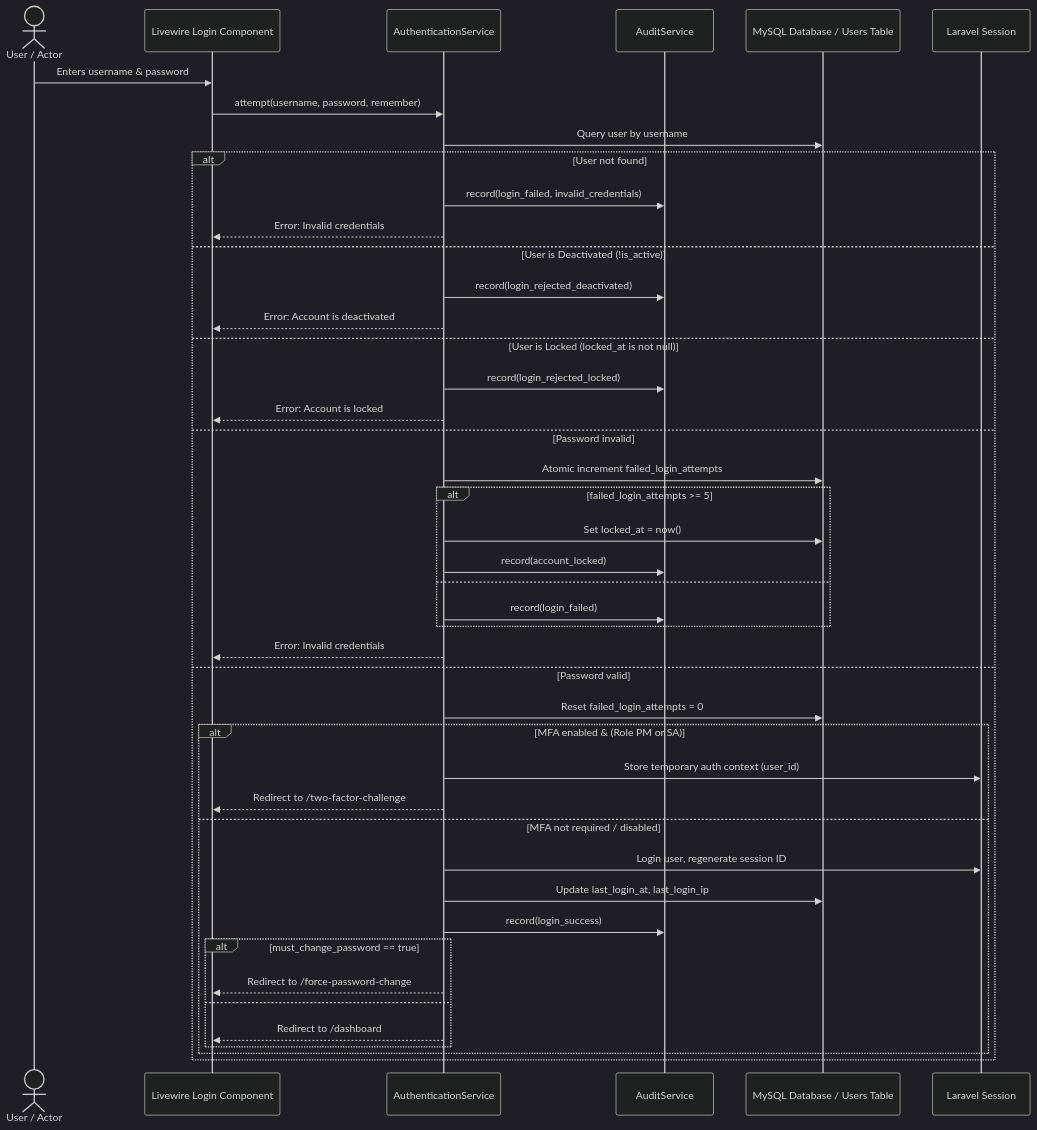
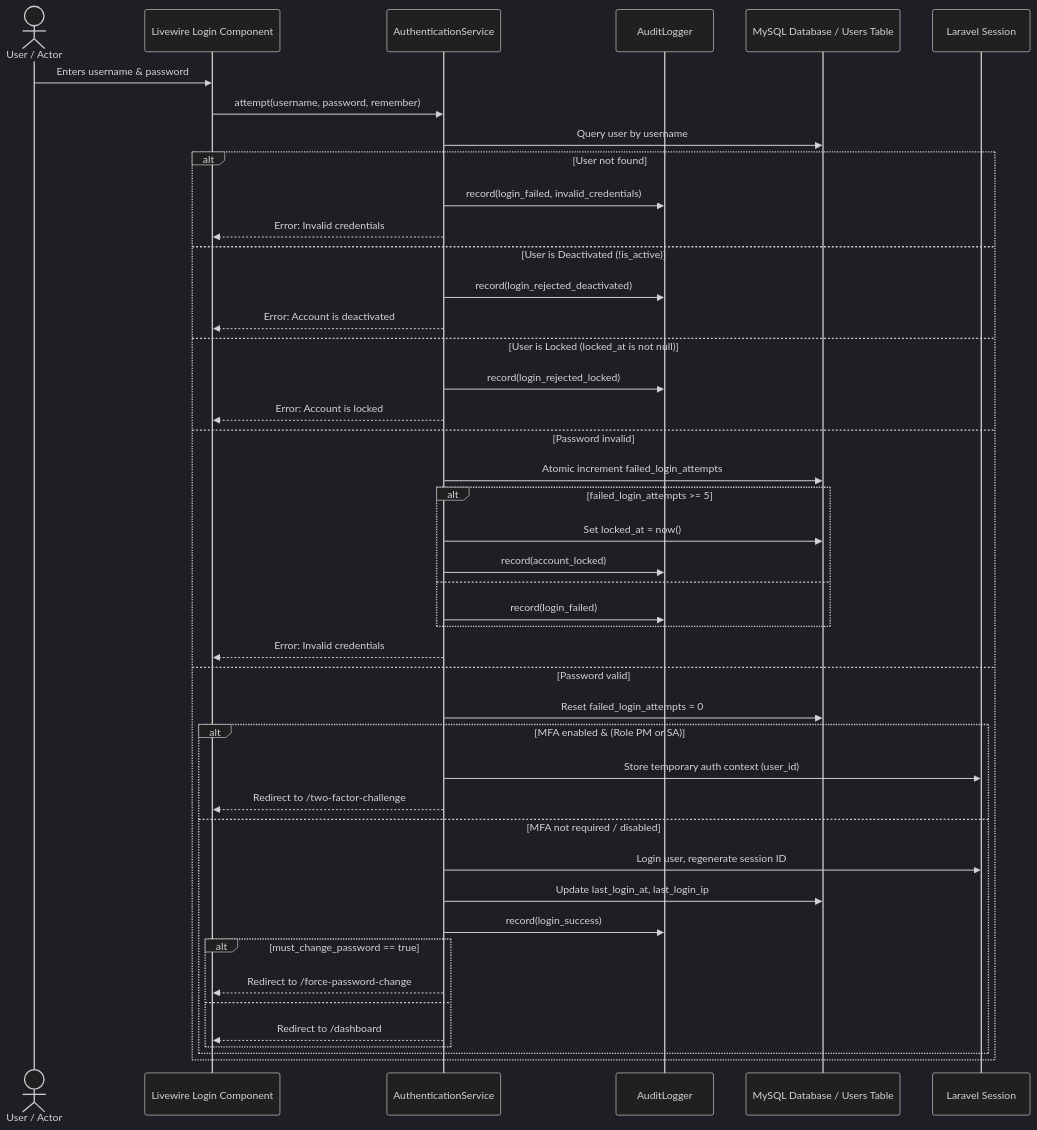
Before and after one commit to ziyadahmed-as/pharmacy: the second of 2 diagrams in ARCHITECTURE.md, drawn with Mermaid (dark theme). The commit also changed other lines of this file and 244 other files, not shown here.

````diff
--- a/ARCHITECTURE.md
+++ b/ARCHITECTURE.md
@@ -79,47 +79,47 @@
 ```mermaid
 sequenceDiagram
     actor User as User / Actor
     participant View as Livewire Login Component
     participant AuthSvc as AuthenticationService
-    participant Audit as AuditService
+    participant Audit as AuditLogger
     participant DB as MySQL Database / Users Table
     participant Session as Laravel Session
 
     User->>View: Enters username & password
     View->>AuthSvc: attempt(username, password, remember)
     AuthSvc->>DB: Query user by username
     alt User not found
         AuthSvc->>Audit: record(login_failed, invalid_credentials)
         AuthSvc-->>View: Error: Invalid credentials
     else User is Deactivated (!is_active)
         AuthSvc->>Audit: record(login_rejected_deactivated)
         AuthSvc-->>View: Error: Account is deactivated
     else User is Locked (locked_at is not null)
         AuthSvc->>Audit: record(login_rejected_locked)
         AuthSvc-->>View: Error: Account is locked
     else Password invalid
         AuthSvc->>DB: Atomic increment failed_login_attempts
         alt failed_login_attempts >= 5
             AuthSvc->>DB: Set locked_at = now()
             AuthSvc->>Audit: record(account_locked)
         else
             AuthSvc->>Audit: record(login_failed)
         end
         AuthSvc-->>View: Error: Invalid credentials
     else Password valid
         AuthSvc->>DB: Reset failed_login_attempts = 0
         alt MFA enabled & (Role PM or SA)
             AuthSvc->>Session: Store temporary auth context (user_id)
             AuthSvc-->>View: Redirect to /two-factor-challenge
         else MFA not required / disabled
             AuthSvc->>Session: Login user, regenerate session ID
             AuthSvc->>DB: Update last_login_at, last_login_ip
             AuthSvc->>Audit: record(login_success)
             alt must_change_password == true
                 AuthSvc-->>View: Redirect to /force-password-change
             else
                 AuthSvc-->>View: Redirect to /dashboard
             end
         end
     end
 ```
````
